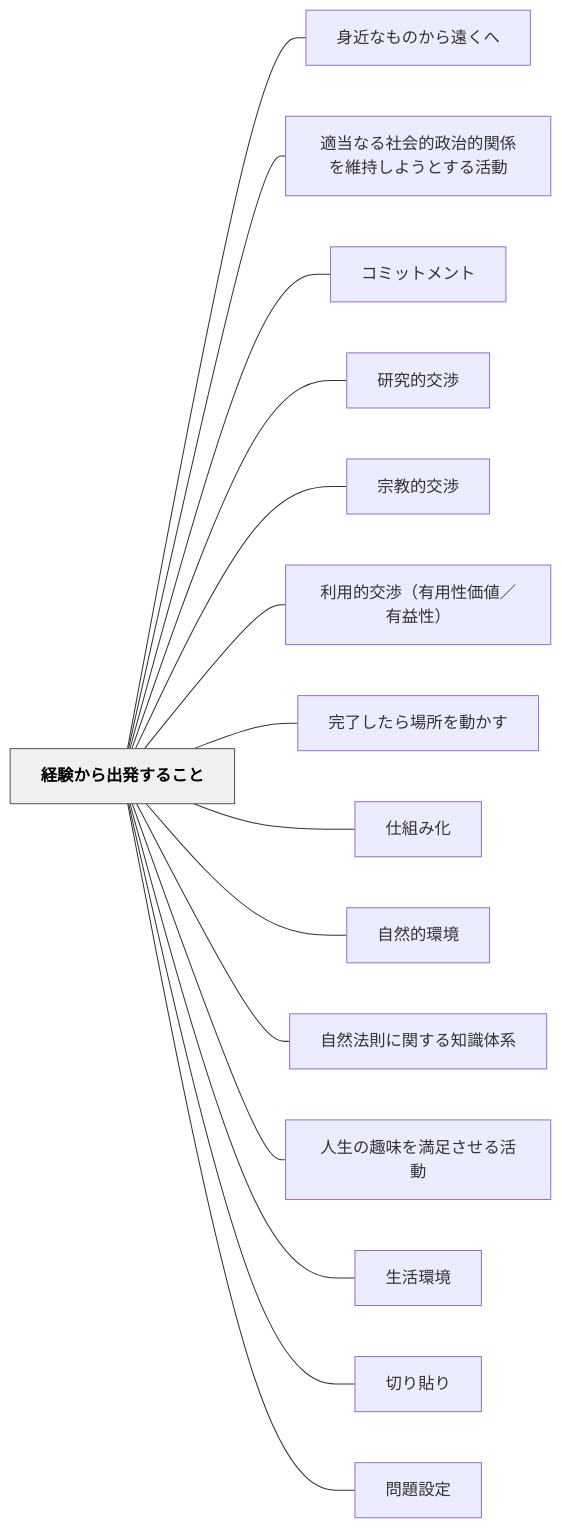
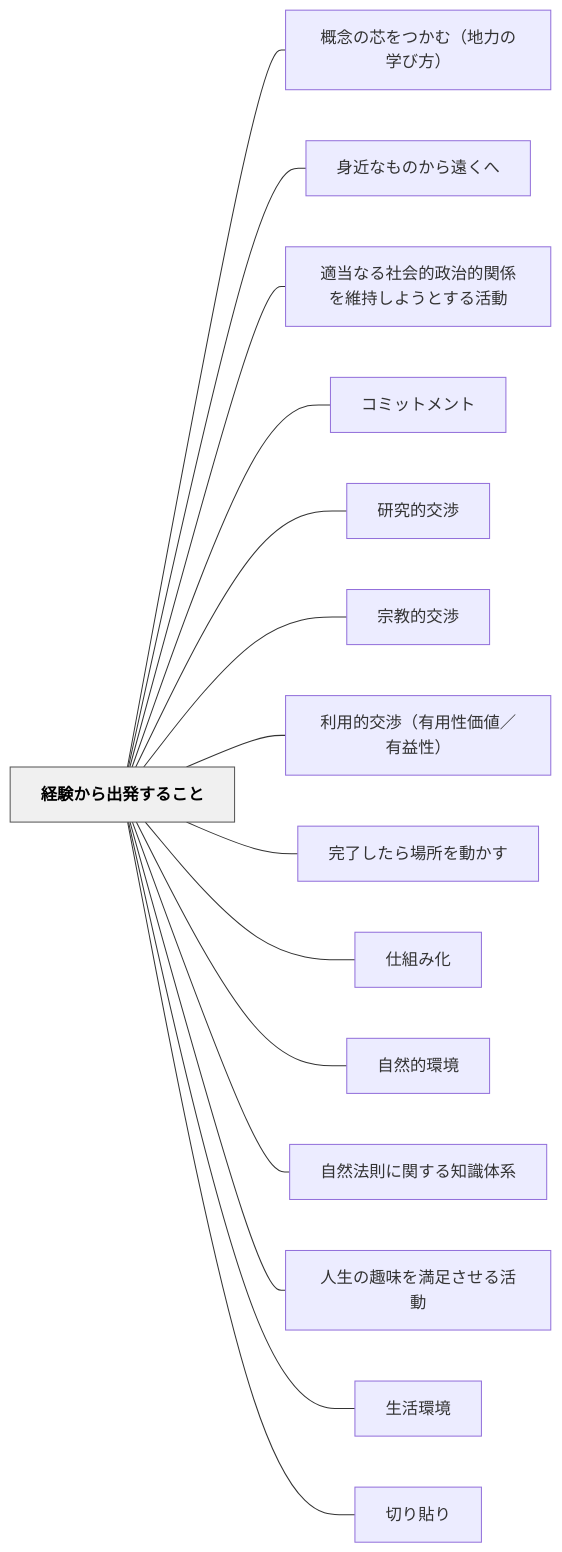
One commit to unknownthings-ed-patterns/unknownthings-ed-patterns changed the diagram in content/パタン/経験から出発すること.md. Above: the diagram before and after it, drawn with Mermaid. The commit also changed other lines of this file and 185 other files, not shown here.

````diff
--- a/content/パタン/経験から出発すること.md
+++ b/content/パタン/経験から出発すること.md
@@ -146,36 +147,36 @@
 ```mermaid
 flowchart LR
     ne7b58ce9a893e3818be38289e587bae799bae38199e3828be38193e381a8["経験から出発すること"]
+    ne6a682e5bfb5e381aee88aafe38292e381a4e3818be38280efbc88e59cb0e58a9be381aee5ada6e381b3e696b9efbc89["概念の芯をつかむ（地力の学び方）"]
     ne8baabe8bf91e381aae38282e381aee3818be38289e981a0e3818fe381b8["身近なものから遠くへ"]
     ne981a9e5bd93e381aae3828be7a4bee4bc9ae79a84e694bfe6b2bbe79a84e996a2e4bf82e38292e7b6ade68c81e38197e38288e38186e381a8e38199e3828be6b4bbe58b95["適当なる社会的政治的関係を維持しようとする活動"]
     ne382b3e3839fe38383e38388e383a1e383b3e38388["コミットメント"]
     ne7a094e7a9b6e79a84e4baa4e6b889["研究的交渉"]
     ne5ae97e69599e79a84e4baa4e6b889["宗教的交渉"]
     ne588a9e794a8e79a84e4baa4e6b889efbc88e69c89e794a8e680a7e4bea1e580a4efbc8fe69c89e79b8ae680a7efbc89["利用的交渉（有用性価値／有益性）"]
     ne5ae8ce4ba86e38197e3819fe38289e5a0b4e68980e38292e58b95e3818be38199["完了したら場所を動かす"]
     ne4bb95e7b584e381bfe58c96["仕組み化"]
     ne887aae784b6e79a84e792b0e5a283["自然的環境"]
     ne887aae784b6e6b395e58987e381abe996a2e38199e3828be79fa5e8ad98e4bd93e7b3bb["自然法則に関する知識体系"]
     ne4babae7949fe381aee8b6a3e591b3e38292e6ba80e8b6b3e38195e3819be3828be6b4bbe58b95["人生の趣味を満足させる活動"]
     ne7949fe6b4bbe792b0e5a283["生活環境"]
     ne58887e3828ae8b2bce3828a["切り貼り"]
-    ne5958fe9a18ce8a8ade5ae9a["問題設定"]
 
+    ne7b58ce9a893e3818be38289e587bae799bae38199e3828be38193e381a8 --- ne6a682e5bfb5e381aee88aafe38292e381a4e3818be38280efbc88e59cb0e58a9be381aee5ada6e381b3e696b9efbc89
     ne7b58ce9a893e3818be38289e587bae799bae38199e3828be38193e381a8 --- ne8baabe8bf91e381aae38282e381aee3818be38289e981a0e3818fe381b8
     ne7b58ce9a893e3818be38289e587bae799bae38199e3828be38193e381a8 --- ne981a9e5bd93e381aae3828be7a4bee4bc9ae79a84e694bfe6b2bbe79a84e996a2e4bf82e38292e7b6ade68c81e38197e38288e38186e381a8e38199e3828be6b4bbe58b95
     ne7b58ce9a893e3818be38289e587bae799bae38199e3828be38193e381a8 --- ne382b3e3839fe38383e38388e383a1e383b3e38388
     ne7b58ce9a893e3818be38289e587bae799bae38199e3828be38193e381a8 --- ne7a094e7a9b6e79a84e4baa4e6b889
     ne7b58ce9a893e3818be38289e587bae799bae38199e3828be38193e381a8 --- ne5ae97e69599e79a84e4baa4e6b889
     ne7b58ce9a893e3818be38289e587bae799bae38199e3828be38193e381a8 --- ne588a9e794a8e79a84e4baa4e6b889efbc88e69c89e794a8e680a7e4bea1e580a4efbc8fe69c89e79b8ae680a7efbc89
     ne7b58ce9a893e3818be38289e587bae799bae38199e3828be38193e381a8 --- ne5ae8ce4ba86e38197e3819fe38289e5a0b4e68980e38292e58b95e3818be38199
     ne7b58ce9a893e3818be38289e587bae799bae38199e3828be38193e381a8 --- ne4bb95e7b584e381bfe58c96
     ne7b58ce9a893e3818be38289e587bae799bae38199e3828be38193e381a8 --- ne887aae784b6e79a84e792b0e5a283
     ne7b58ce9a893e3818be38289e587bae799bae38199e3828be38193e381a8 --- ne887aae784b6e6b395e58987e381abe996a2e38199e3828be79fa5e8ad98e4bd93e7b3bb
     ne7b58ce9a893e3818be38289e587bae799bae38199e3828be38193e381a8 --- ne4babae7949fe381aee8b6a3e591b3e38292e6ba80e8b6b3e38195e3819be3828be6b4bbe58b95
     ne7b58ce9a893e3818be38289e587bae799bae38199e3828be38193e381a8 --- ne7949fe6b4bbe792b0e5a283
     ne7b58ce9a893e3818be38289e587bae799bae38199e3828be38193e381a8 --- ne58887e3828ae8b2bce3828a
-    ne7b58ce9a893e3818be38289e587bae799bae38199e3828be38193e381a8 --- ne5958fe9a18ce8a8ade5ae9a
 
     classDef hub fill:#f0f0f0,stroke:#555,color:#000,font-weight:bold
     class ne7b58ce9a893e3818be38289e587bae799bae38199e3828be38193e381a8 hub
 ```
````
